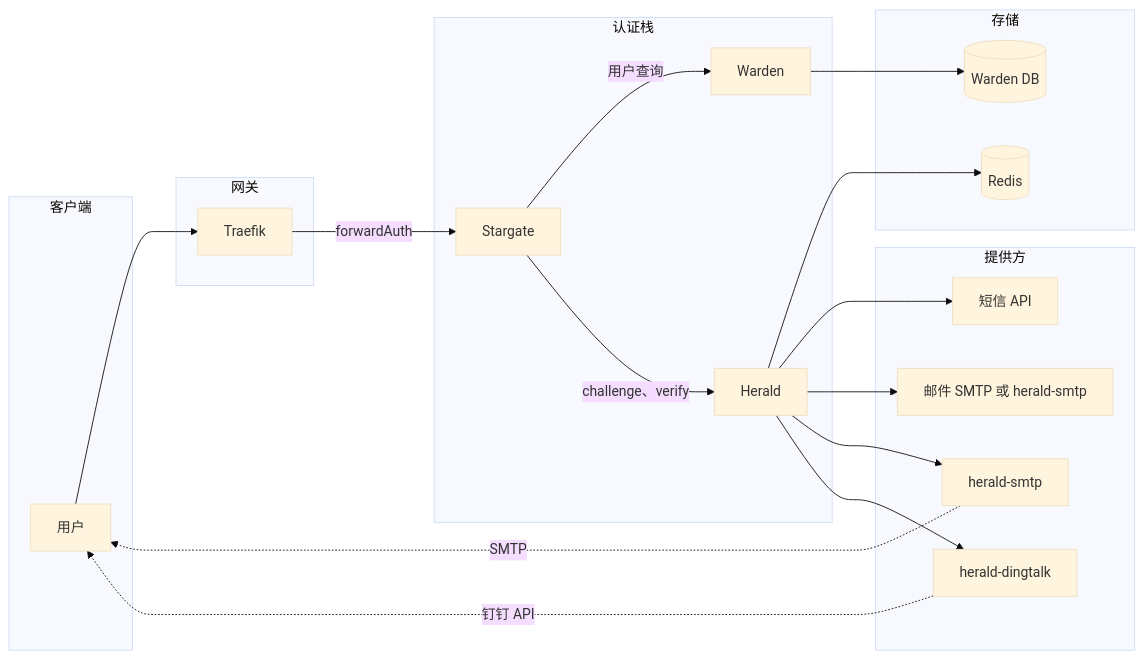
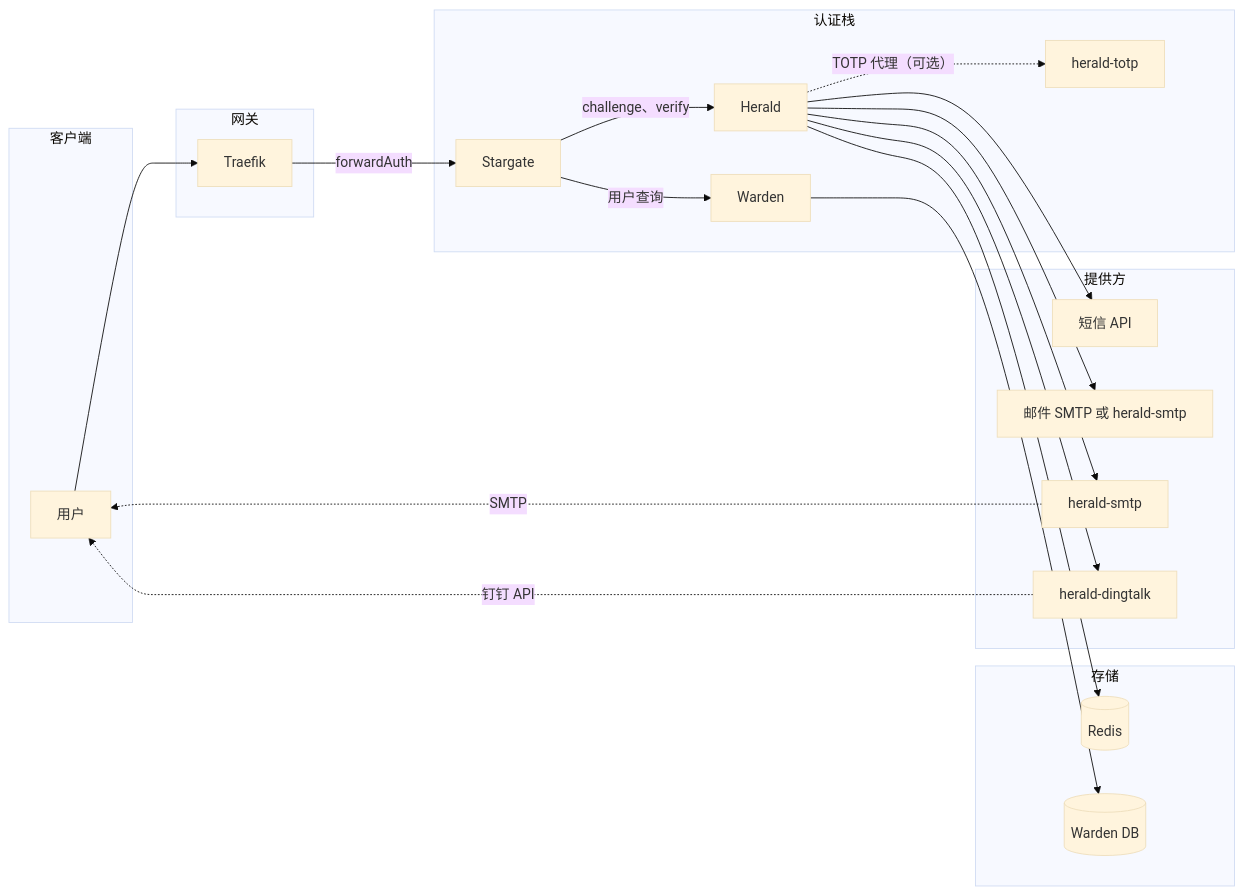
The diagram in docs/zhCN/ARCHITECTURE.md (soulteary/herald), drawn with Mermaid (base theme) before and after one commit. The commit also changed other lines of this file and 43 other files, not shown here.

````diff
--- a/docs/zhCN/ARCHITECTURE.md
+++ b/docs/zhCN/ARCHITECTURE.md
@@ -11,41 +11,43 @@
 ```mermaid
 flowchart LR
   subgraph client [客户端]
     User[用户]
   end
 
   subgraph gateway [网关]
     Traefik[Traefik]
   end
 
   subgraph auth [认证栈]
     Stargate[Stargate]
     Warden[Warden]
     Herald[Herald]
+    HeraldTOTP[herald-totp]
   end
 
   subgraph storage [存储]
     Redis[(Redis)]
     DB[(Warden DB)]
   end
 
   subgraph providers [提供方]
     SMS[短信 API]
     Email[邮件 SMTP 或 herald-smtp]
     HeraldSMTP[herald-smtp]
     HeraldDingtalk[herald-dingtalk]
   end
 
   User --> Traefik
   Traefik -->|forwardAuth| Stargate
   Stargate -->|用户查询| Warden
   Stargate -->|challenge、verify| Herald
   Warden --> DB
   Herald --> Redis
   Herald --> SMS
   Herald --> Email
   Herald --> HeraldSMTP
   Herald --> HeraldDingtalk
+  Herald -.->|TOTP 代理（可选）| HeraldTOTP
   HeraldSMTP -.->|SMTP| User
   HeraldDingtalk -.->|钉钉 API| User
 ```
````
